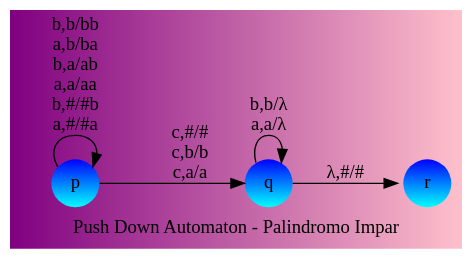
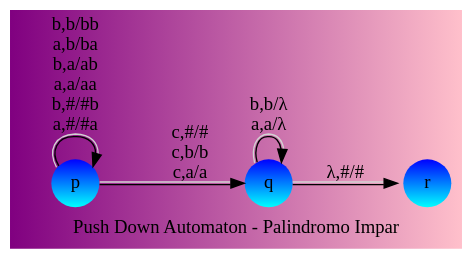
One commit to camilolaiton/Graphic-Pushdown-Automaton changed the diagram in pda.gv. Above: the diagram before and after it, drawn with Graphviz. The commit also changed 3 other files, not shown here.

```diff
--- a/pda.gv
+++ b/pda.gv
@@ -1,25 +1,26 @@
 digraph pushDownAutomaton {
 	bgcolor="purple:pink"
 	node [color="blue:cyan" gradientangle=270 shape=circle style=filled]
 	node [color="blue:cyan" gradientangle=270 shape=doublecircle style=filled]
 	label="Push Down Automaton - Palindromo Impar"
-	rankdir=LR size=8
+	edge [color="black:lightgray" gradientangle=270 style=filled]
+	rankdir=LR size=20
 	node [shape=doublecircle]
 	r
 	node [shape=circle]
 	p -> p [label="b,b/bb 
 a,b/ba 
 b,a/ab 
 a,a/aa 
 b,#/#b 
 a,#/#a 
 "]
 	p -> q [label="c,#/# 
 c,b/b 
 c,a/a 
 "]
 	q -> q [label="b,b/λ 
 a,a/λ 
 "]
 	q -> r [label="λ,#/#"]
 }
```
